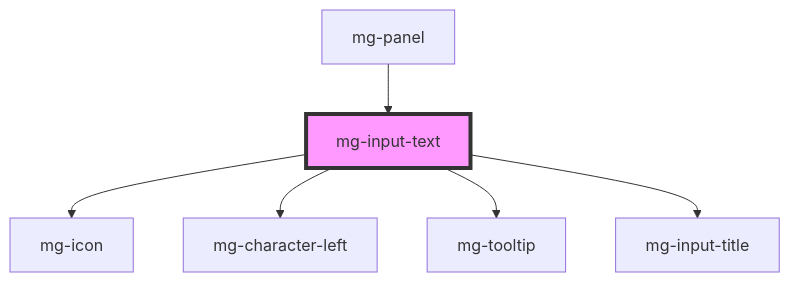
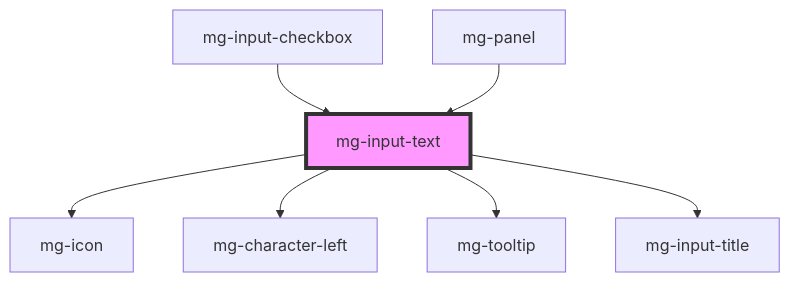
One commit to MGDIS/core-ui changed the diagram in packages/mg-components/src/components/molecules/inputs/mg-input-text/readme.md. Above: the diagram before and after it, drawn with Mermaid. The commit also changed other lines of this file and 11 other files, not shown here.

First line of the commit message:
feat(mgInputCheckbox): add search features

````diff
--- a/packages/mg-components/src/components/molecules/inputs/mg-input-text/readme.md
+++ b/packages/mg-components/src/components/molecules/inputs/mg-input-text/readme.md
@@ -111,9 +105,10 @@
 ```mermaid
 graph TD;
   mg-input-text --> mg-icon
   mg-input-text --> mg-character-left
   mg-input-text --> mg-tooltip
   mg-input-text --> mg-input-title
+  mg-input-checkbox --> mg-input-text
   mg-panel --> mg-input-text
   style mg-input-text fill:#f9f,stroke:#333,stroke-width:4px
 ```
````
